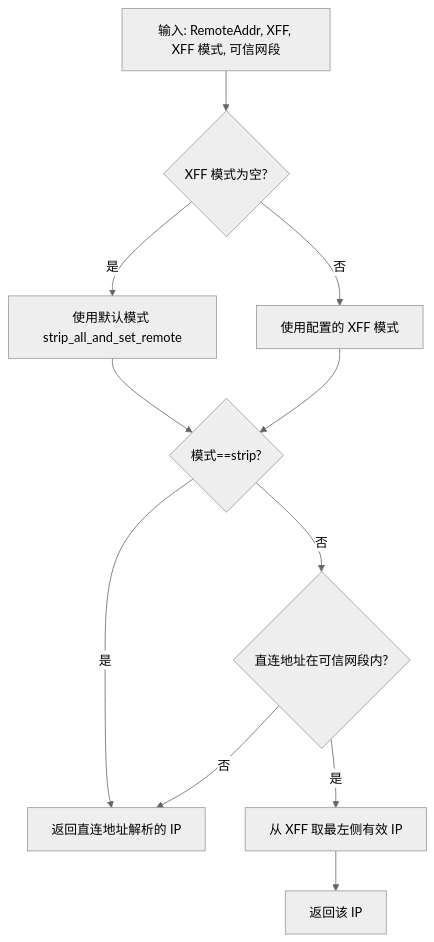
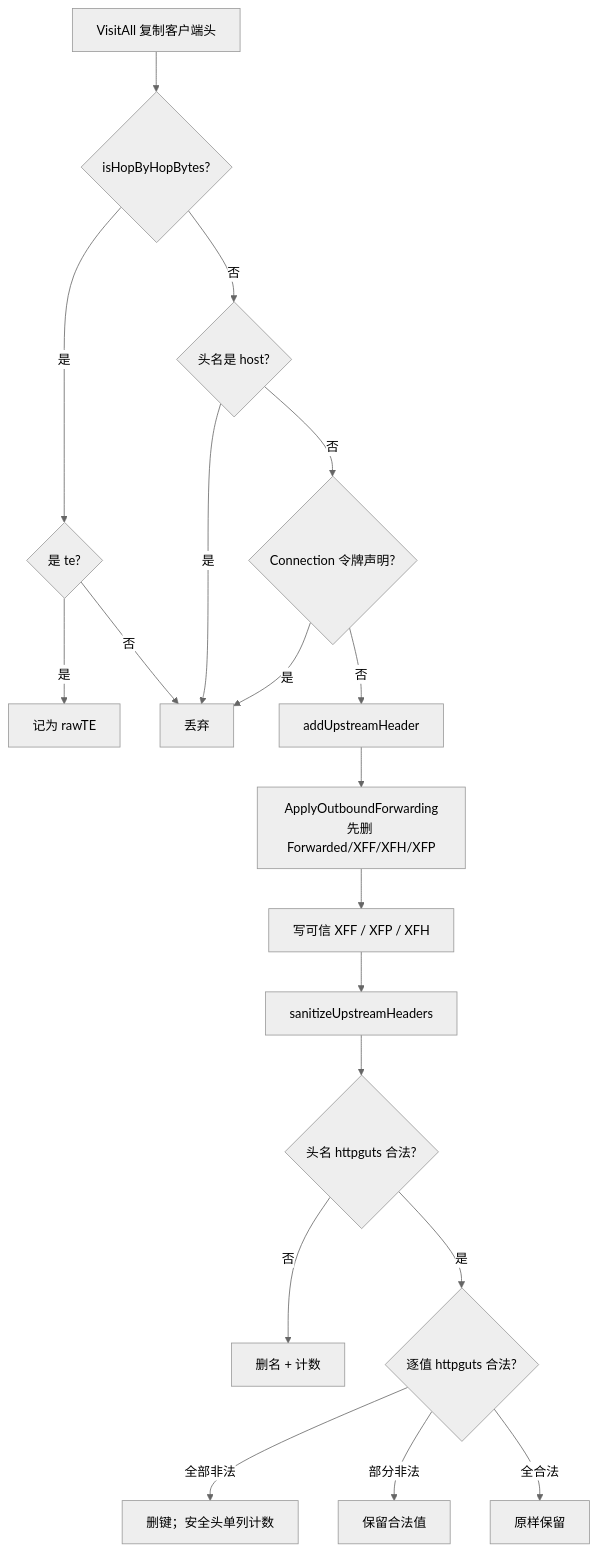
Before and after one commit to x01n/My-OpenWaf: the third of 6 diagrams in docs/安全机制/出站安全控制.md, drawn with Mermaid (neutral theme). The commit also changed other lines of this file and 622 other files, not shown here.

````diff
--- a/docs/安全机制/出站安全控制.md
+++ b/docs/安全机制/出站安全控制.md
@@ -171,13 +227,21 @@
 ```mermaid
 flowchart TD
-A["输入: RemoteAddr, XFF, XFF 模式, 可信网段"] --> B{"XFF 模式为空?"}
-B --> |是| C["使用默认模式 strip_all_and_set_remote"]
-B --> |否| D["使用配置的 XFF 模式"]
-C --> E{"模式==strip?"}
-D --> E
-E --> |是| F["返回直连地址解析的 IP"]
-E --> |否| G{"直连地址在可信网段内?"}
-G --> |否| F
-G --> |是| H["从 XFF 取最左侧有效 IP"]
-H --> I["返回该 IP"]
+  A["VisitAll 复制客户端头"] --> B{"isHopByHopBytes?"}
+  B --> |是| B2{"是 te?"}
+  B2 --> |是| B3["记为 rawTE"]
+  B2 --> |否| SKIP["丢弃"]
+  B --> |否| C{"头名是 host?"}
+  C --> |是| SKIP
+  C --> |否| D{"Connection 令牌声明?"}
+  D --> |是| SKIP
+  D --> |否| E["addUpstreamHeader"]
+  E --> F["ApplyOutboundForwarding<br/>先删 Forwarded/XFF/XFH/XFP"]
+  F --> G["写可信 XFF / XFP / XFH"]
+  G --> H["sanitizeUpstreamHeaders"]
+  H --> I{"头名 httpguts 合法?"}
+  I --> |否| J["删名 + 计数"]
+  I --> |是| K{"逐值 httpguts 合法?"}
+  K --> |全部非法| L["删键；安全头单列计数"]
+  K --> |部分非法| M["保留合法值"]
+  K --> |全合法| N["原样保留"]
 ```
````
